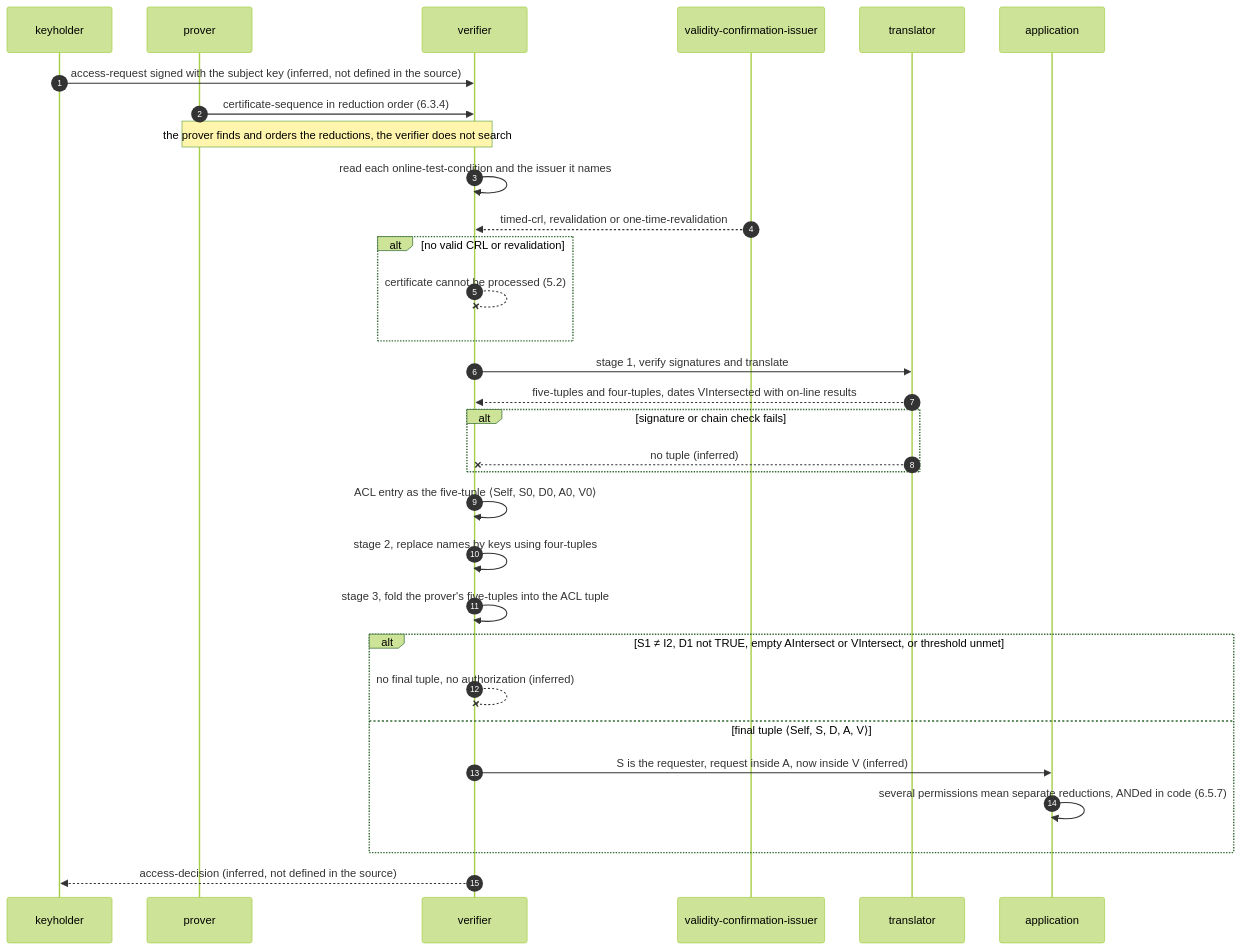
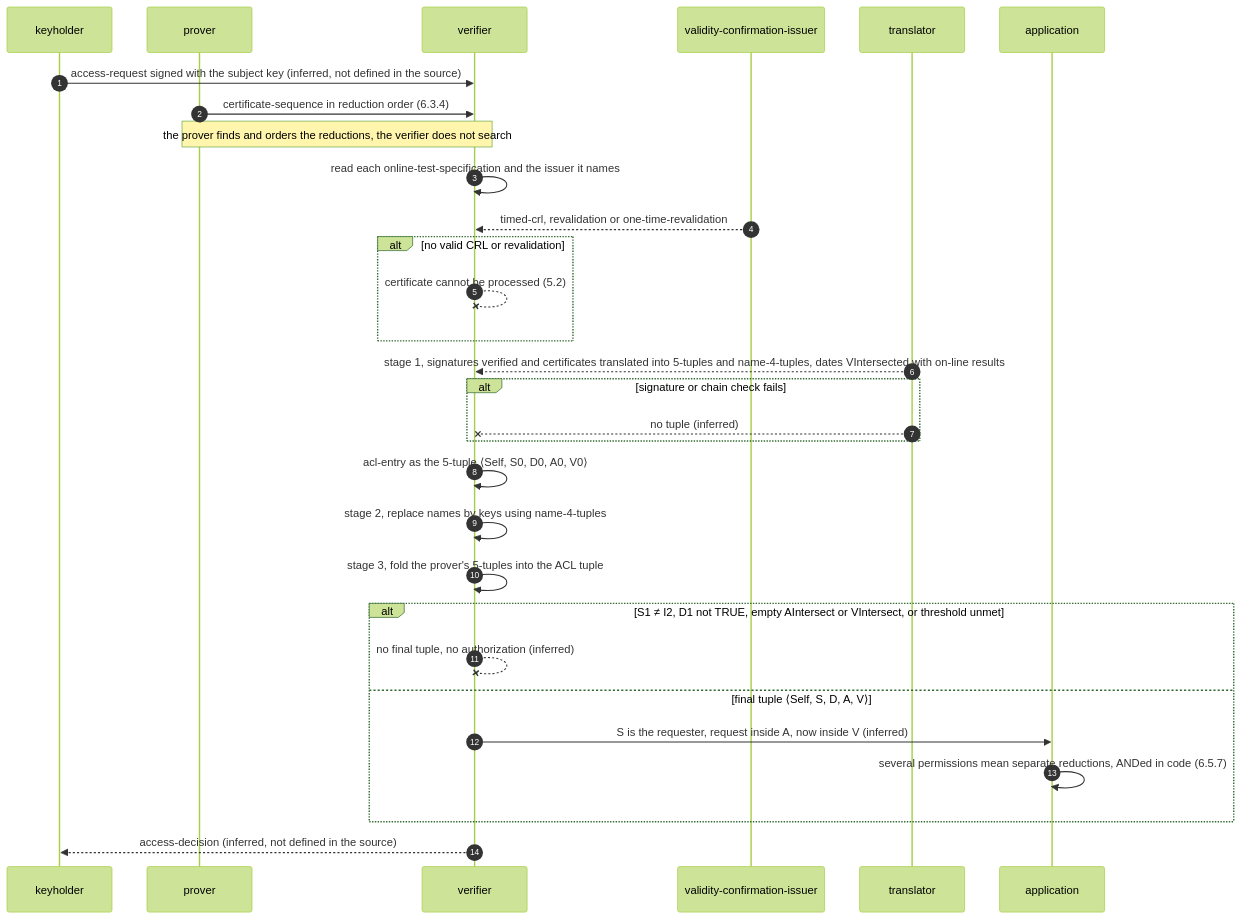
One commit to m-of-n/library changed the first of 25 diagrams in records/ietf/rfc-2693/distilled/protocol.md. Above: the diagram before and after it, drawn with Mermaid (forest theme). The commit also changed other lines of this file and 8 other files, not shown here.

````diff
--- a/records/ietf/rfc-2693/distilled/protocol.md
+++ b/records/ietf/rfc-2693/distilled/protocol.md
@@ -111,33 +111,32 @@
 ```mermaid
 sequenceDiagram
   autonumber
   participant K as keyholder
   participant P as prover
   participant V as verifier
   participant C as validity-confirmation-issuer
   participant T as translator
   participant A as application
   K->>V: access-request signed with the subject key (inferred, not defined in the source)
   P->>V: certificate-sequence in reduction order (6.3.4)
   Note over P,V: the prover finds and orders the reductions, the verifier does not search
-  V->>V: read each online-test-condition and the issuer it names
+  V->>V: read each online-test-specification and the issuer it names
   C-->>V: timed-crl, revalidation or one-time-revalidation
   alt no valid CRL or revalidation
     V--xV: certificate cannot be processed (5.2)
   end
-  V->>T: stage 1, verify signatures and translate
-  T-->>V: five-tuples and four-tuples, dates VIntersected with on-line results
+  T-->>V: stage 1, signatures verified and certificates translated into 5-tuples and name-4-tuples, dates VIntersected with on-line results
   alt signature or chain check fails
     T--xV: no tuple (inferred)
   end
-  V->>V: ACL entry as the five-tuple ⟨Self, S0, D0, A0, V0⟩
-  V->>V: stage 2, replace names by keys using four-tuples
-  V->>V: stage 3, fold the prover's five-tuples into the ACL tuple
+  V->>V: acl-entry as the 5-tuple ⟨Self, S0, D0, A0, V0⟩
+  V->>V: stage 2, replace names by keys using name-4-tuples
+  V->>V: stage 3, fold the prover's 5-tuples into the ACL tuple
   alt S1 ≠ I2, D1 not TRUE, empty AIntersect or VIntersect, or threshold unmet
     V--xV: no final tuple, no authorization (inferred)
   else final tuple ⟨Self, S, D, A, V⟩
     V->>A: S is the requester, request inside A, now inside V (inferred)
     A->>A: several permissions mean separate reductions, ANDed in code (6.5.7)
   end
   V-->>K: access-decision (inferred, not defined in the source)
 ```
````
